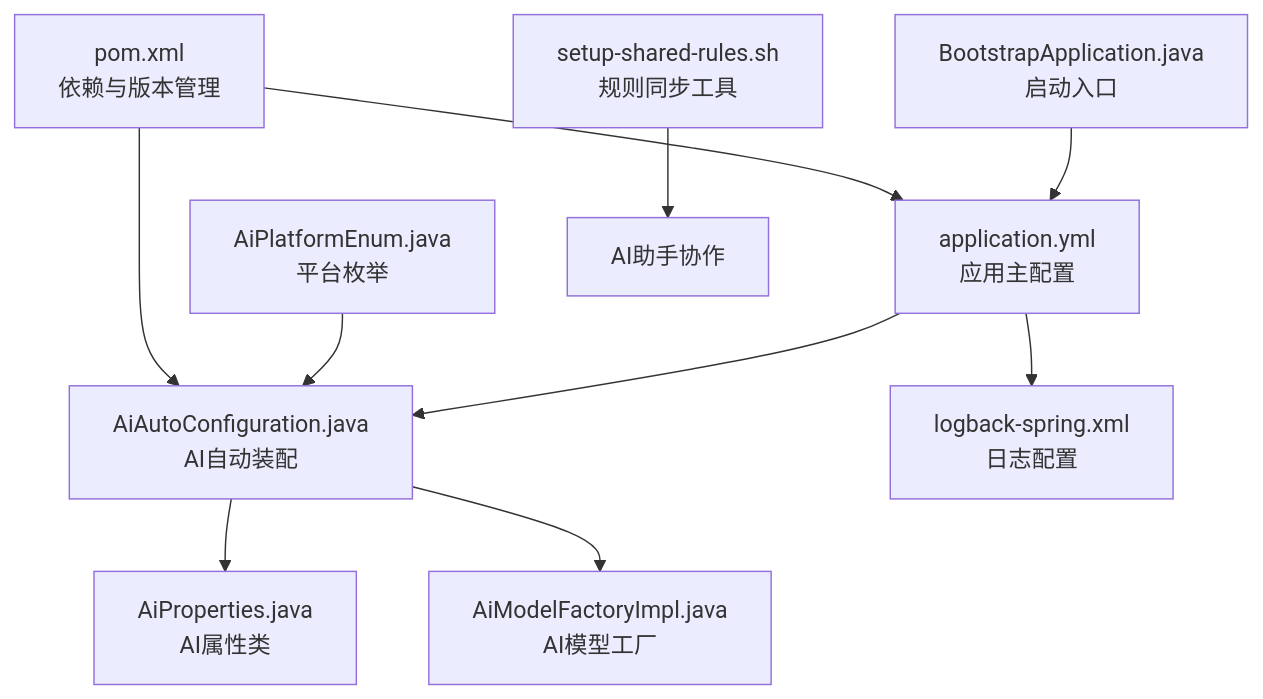
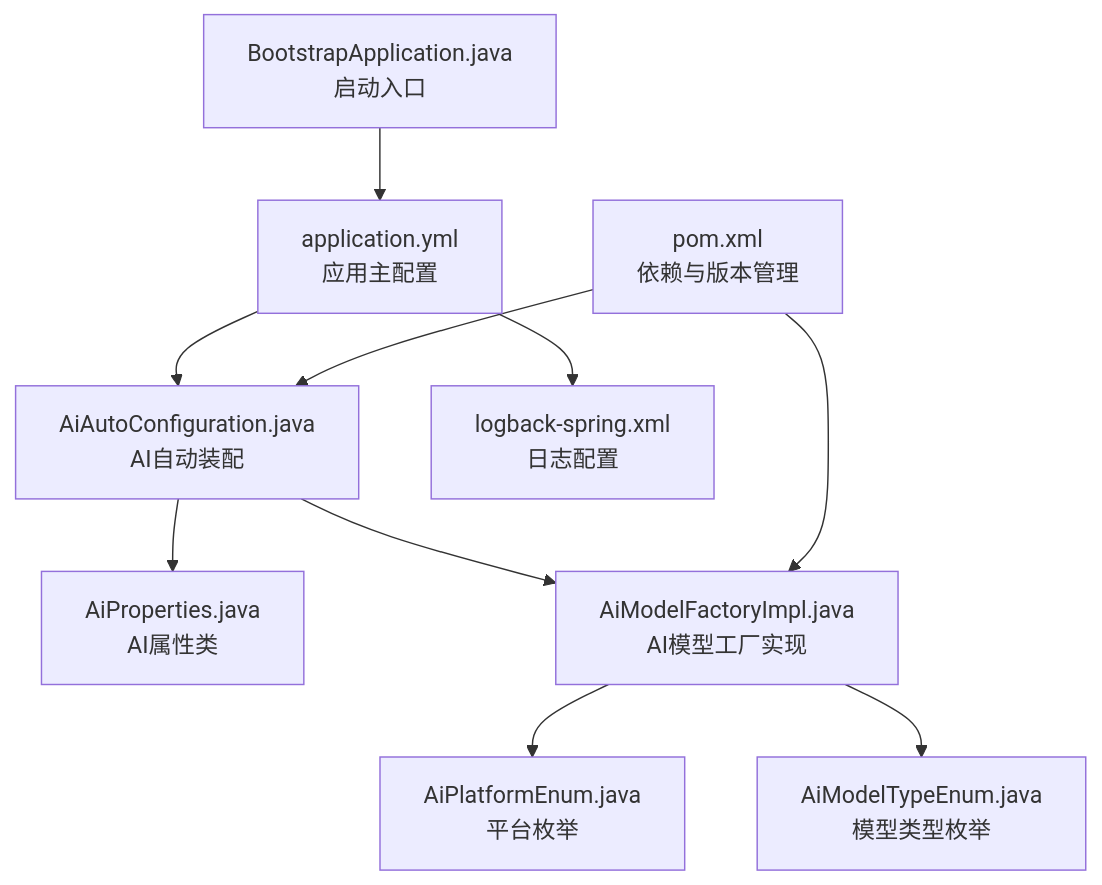
One commit to X555LB/data-ai changed the first of 6 diagrams in .qoder/repowiki/zh/content/配置指南.md. Above: the diagram before and after it, drawn with Mermaid. The commit also changed other lines of this file and 9 other files, not shown here.

````diff
--- a/.qoder/repowiki/zh/content/配置指南.md
+++ b/.qoder/repowiki/zh/content/配置指南.md
@@ -44,12 +52,12 @@
 ```mermaid
 graph TB
 A["application.yml<br/>应用主配置"] --> B["AiAutoConfiguration.java<br/>AI自动装配"]
 A --> C["logback-spring.xml<br/>日志配置"]
 B --> D["AiProperties.java<br/>AI属性类"]
-B --> E["AiModelFactoryImpl.java<br/>AI模型工厂"]
-F["AiPlatformEnum.java<br/>平台枚举"] --> B
-G["setup-shared-rules.sh<br/>规则同步工具"] --> H["AI助手协作"]
-I["BootstrapApplication.java<br/>启动入口"] --> A
-J["pom.xml<br/>依赖与版本管理"] --> B
-J --> A
+B --> E["AiModelFactoryImpl.java<br/>AI模型工厂实现"]
+E --> F["AiPlatformEnum.java<br/>平台枚举"]
+E --> G["AiModelTypeEnum.java<br/>模型类型枚举"]
+H["BootstrapApplication.java<br/>启动入口"] --> A
+I["pom.xml<br/>依赖与版本管理"] --> B
+I --> E
 ```
````
